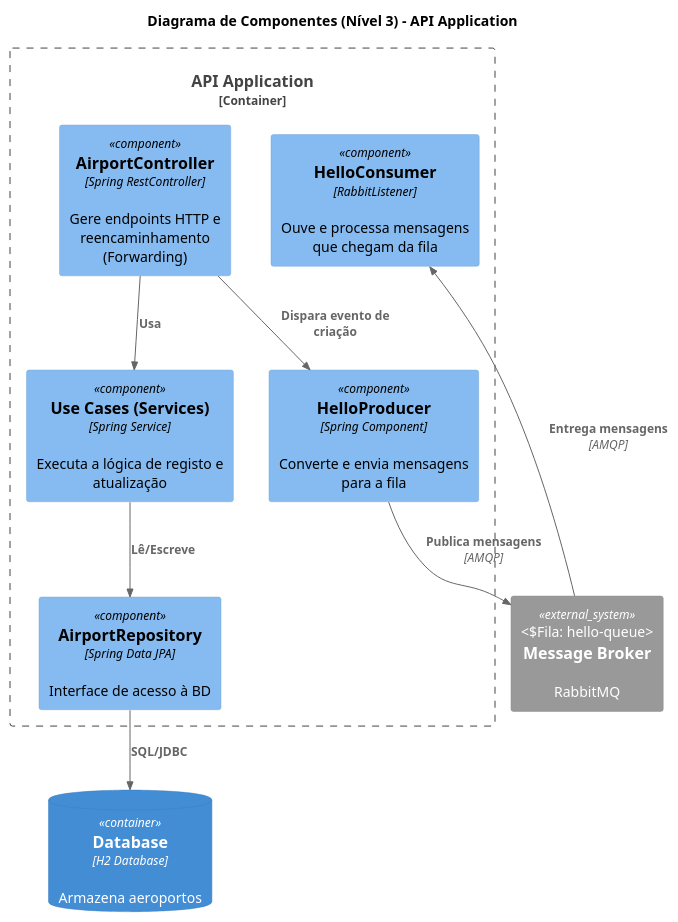
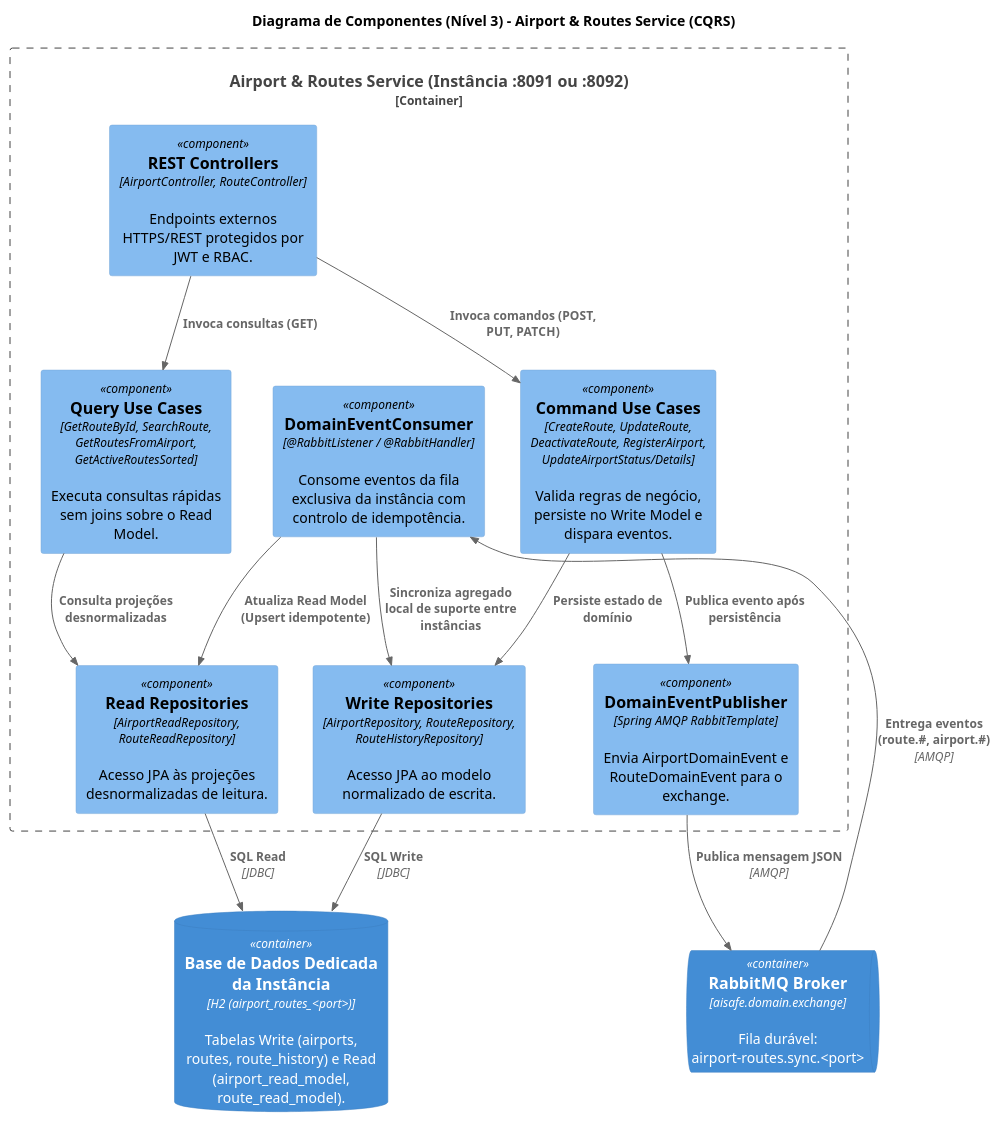
Before and after one commit to jvonhafe/LETI_1241237_SIDIS_2026: the diagram in airportRoutes-service/docs/c4_level3_components.puml, drawn with PlantUML. The commit also changed 33 other files, not shown here.

```diff
--- a/airportRoutes-service/docs/c4_level3_components.puml
+++ b/airportRoutes-service/docs/c4_level3_components.puml
@@ -1,25 +1,40 @@
-@startuml
+@startuml C4_Level3_Components
 !include https://raw.githubusercontent.com/plantuml-stdlib/C4-PlantUML/master/C4_Component.puml
 
-title Diagrama de Componentes (Nível 3) - API Application
+title Diagrama de Componentes (Nível 3) - Airport & Routes Service (CQRS)
 
-ContainerDb(db, "Database", "H2 Database", "Armazena aeroportos")
-System_Ext(rabbitmq, "Message Broker", "RabbitMQ", "Fila: hello-queue")
+Container_Boundary(service, "Airport & Routes Service (Instância :8091 ou :8092)") {
 
-Container_Boundary(api, "API Application") {
-    Component(controller, "AirportController", "Spring RestController", "Gere endpoints HTTP e reencaminhamento (Forwarding)")
-    Component(usecases, "Use Cases (Services)", "Spring Service", "Executa a lógica de registo e atualização")
-    Component(repo, "AirportRepository", "Spring Data JPA", "Interface de acesso à BD")
+    Component(controllers, "REST Controllers", "AirportController, RouteController", "Endpoints externos HTTPS/REST protegidos por JWT e RBAC.")
 
-    Component(producer, "HelloProducer", "Spring Component", "Converte e envia mensagens para a fila")
-    Component(consumer, "HelloConsumer", "RabbitListener", "Ouve e processa mensagens que chegam da fila")
+    Component(cmd_uc, "Command Use Cases", "CreateRoute, UpdateRoute, DeactivateRoute, RegisterAirport, UpdateAirportStatus/Details", "Valida regras de negócio, persiste no Write Model e dispara eventos.")
+    Component(qry_uc, "Query Use Cases", "GetRouteById, SearchRoute, GetRoutesFromAirport, GetActiveRoutesSorted", "Executa consultas rápidas sem joins sobre o Read Model.")
+
+    Component(write_repo, "Write Repositories", "AirportRepository, RouteRepository, RouteHistoryRepository", "Acesso JPA ao modelo normalizado de escrita.")
+    Component(read_repo, "Read Repositories", "AirportReadRepository, RouteReadRepository", "Acesso JPA às projeções desnormalizadas de leitura.")
+
+    Component(publisher, "DomainEventPublisher", "Spring AMQP RabbitTemplate", "Envia AirportDomainEvent e RouteDomainEvent para o exchange.")
+    Component(consumer, "DomainEventConsumer", "@RabbitListener / @RabbitHandler", "Consome eventos da fila exclusiva da instância com controlo de idempotência.")
 }
 
-Rel(controller, usecases, "Usa")
-Rel(controller, producer, "Dispara evento de criação")
-Rel(usecases, repo, "Lê/Escreve")
-Rel(repo, db, "SQL/JDBC")
+ContainerDb(db, "Base de Dados Dedicada da Instância", "H2 (airport_routes_<port>)", "Tabelas Write (airports, routes, route_history) e Read (airport_read_model, route_read_model).")
+ContainerQueue(broker, "RabbitMQ Broker", "aisafe.domain.exchange", "Fila durável: airport-routes.sync.<port>")
 
-Rel(producer, rabbitmq, "Publica mensagens", "AMQP")
-Rel(rabbitmq, consumer, "Entrega mensagens", "AMQP")
+Rel(controllers, cmd_uc, "Invoca comandos (POST, PUT, PATCH)")
+Rel(controllers, qry_uc, "Invoca consultas (GET)")
+
+Rel(cmd_uc, write_repo, "Persiste estado de domínio")
+Rel(cmd_uc, publisher, "Publica evento após persistência")
+
+Rel(qry_uc, read_repo, "Consulta projeções desnormalizadas")
+
+Rel(publisher, broker, "Publica mensagem JSON", "AMQP")
+Rel(broker, consumer, "Entrega eventos (route.#, airport.#)", "AMQP")
+
+Rel(consumer, read_repo, "Atualiza Read Model (Upsert idempotente)")
+Rel(consumer, write_repo, "Sincroniza agregado local de suporte entre instâncias")
+
+Rel(write_repo, db, "SQL Write", "JDBC")
+Rel(read_repo, db, "SQL Read", "JDBC")
+
 @enduml
```
